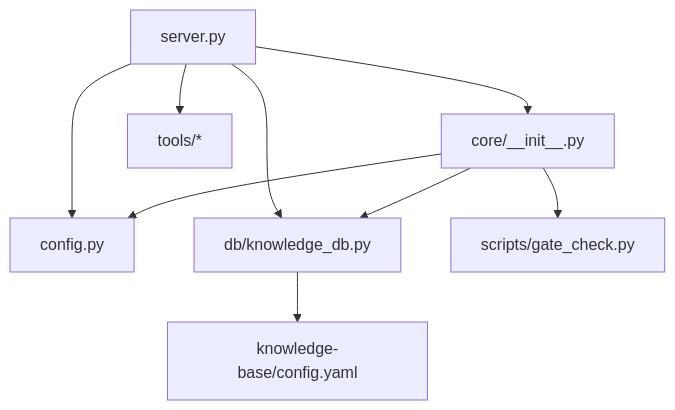
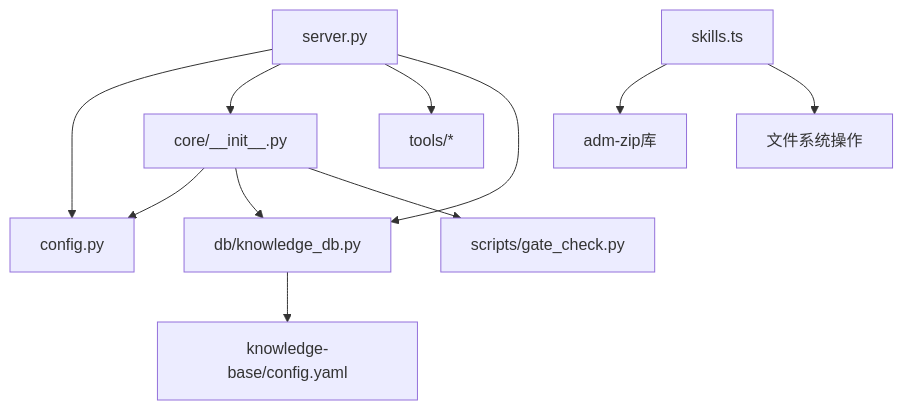
The eighth of 8 diagrams in .qoder/repowiki/zh/content/AI Agent技能系统/AI Agent技能系统.md (afcartevil/automated-test-script), drawn with Mermaid before and after one commit. The commit also changed other lines of this file and 191 other files, not shown here.

````diff
--- a/.qoder/repowiki/zh/content/AI Agent技能系统/AI Agent技能系统.md
+++ b/.qoder/repowiki/zh/content/AI Agent技能系统/AI Agent技能系统.md
@@ -353,11 +496,13 @@
 ```mermaid
 graph TB
 S["server.py"] --> CFG["config.py"]
 S --> CORE["core/__init__.py"]
 S --> TOOLS["tools/*"]
 S --> DB["db/knowledge_db.py"]
 CORE --> CFG
 CORE --> DB
 CORE --> SCRIPTS["scripts/gate_check.py"]
 DB --> KB_CFG["knowledge-base/config.yaml"]
+H["skills.ts"] --> ADMZIP["adm-zip库"]
+H --> FS["文件系统操作"]
 ```
````
